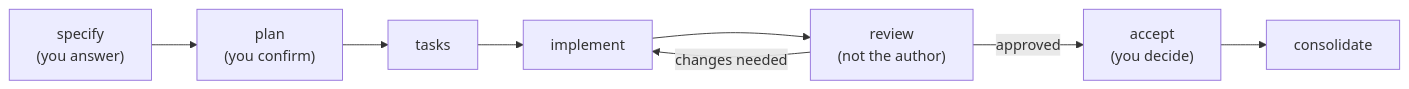
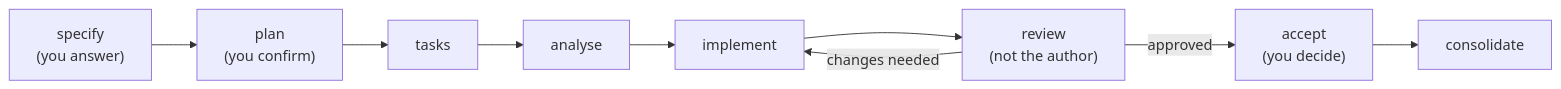
Before and after one commit to sddevelopment-be/socratesbe_26_secondbrain: the second of 4 diagrams in docs/presentations/spec-kitty-first-mission.md, drawn with Mermaid. The commit also changed other lines of this file and 2 other files, not shown here.

First line of the commit message:
docs(presentations): restructure the Spec Kitty deck from big picture to commands

````diff
--- a/docs/presentations/spec-kitty-first-mission.md
+++ b/docs/presentations/spec-kitty-first-mission.md
@@ -125,10 +130,11 @@
 ```mermaid
-%% title: The Spec Kitty mission lifecycle
-%% description: You answer the specify interview and read the spec; you confirm the plan; the agent splits the work into packages; agents implement each package; a separate reviewer approves it or sends it back; you accept the mission and consolidate it onto your branch.
+%% title: The software-dev mission type
+%% description: You answer the specify interview; you confirm the plan; the agent splits the work into packages and analyses spec, plan and tasks for gaps; agents implement each package; a reviewer who is not the author approves it or sends it back; you accept the mission and consolidate it onto your branch.
 flowchart LR
   S["specify<br/>(you answer)"] --> P["plan<br/>(you confirm)"] --> T[tasks]
-  T --> I[implement]
+  T --> AN[analyse]
+  AN --> I[implement]
   I --> R["review<br/>(not the author)"]
   R -- changes needed --> I
   R -- approved --> A["accept<br/>(you decide)"] --> C[consolidate]
 ```
````
